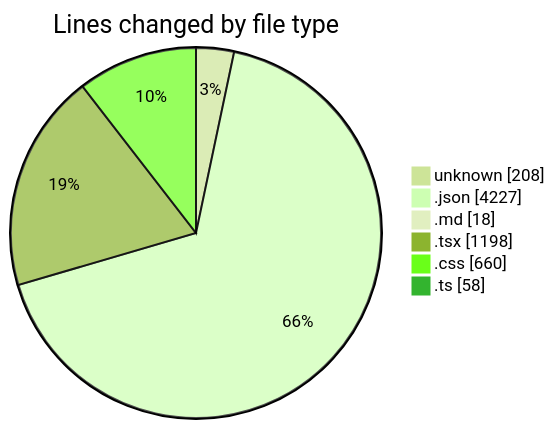
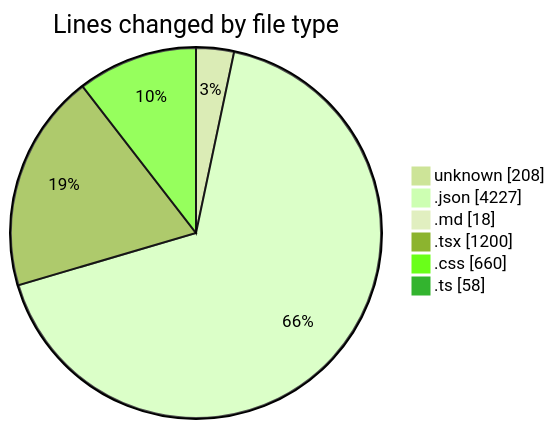
Before and after one commit to EIIisD/code-tracking: the first of 2 diagrams in 2025-08-07/ribbon/README.md, drawn with Mermaid (forest theme). The commit also changed other lines of this file and 1 other file, not shown here.

````diff
--- a/2025-08-07/ribbon/README.md
+++ b/2025-08-07/ribbon/README.md
@@ -36,10 +36,10 @@
 ```mermaid
 pie showData
 title Lines changed by file type
 "unknown" : 208
 ".json" : 4227
 ".md" : 18
-".tsx" : 1198
+".tsx" : 1200
 ".css" : 660
 ".ts" : 58
 ```
````
